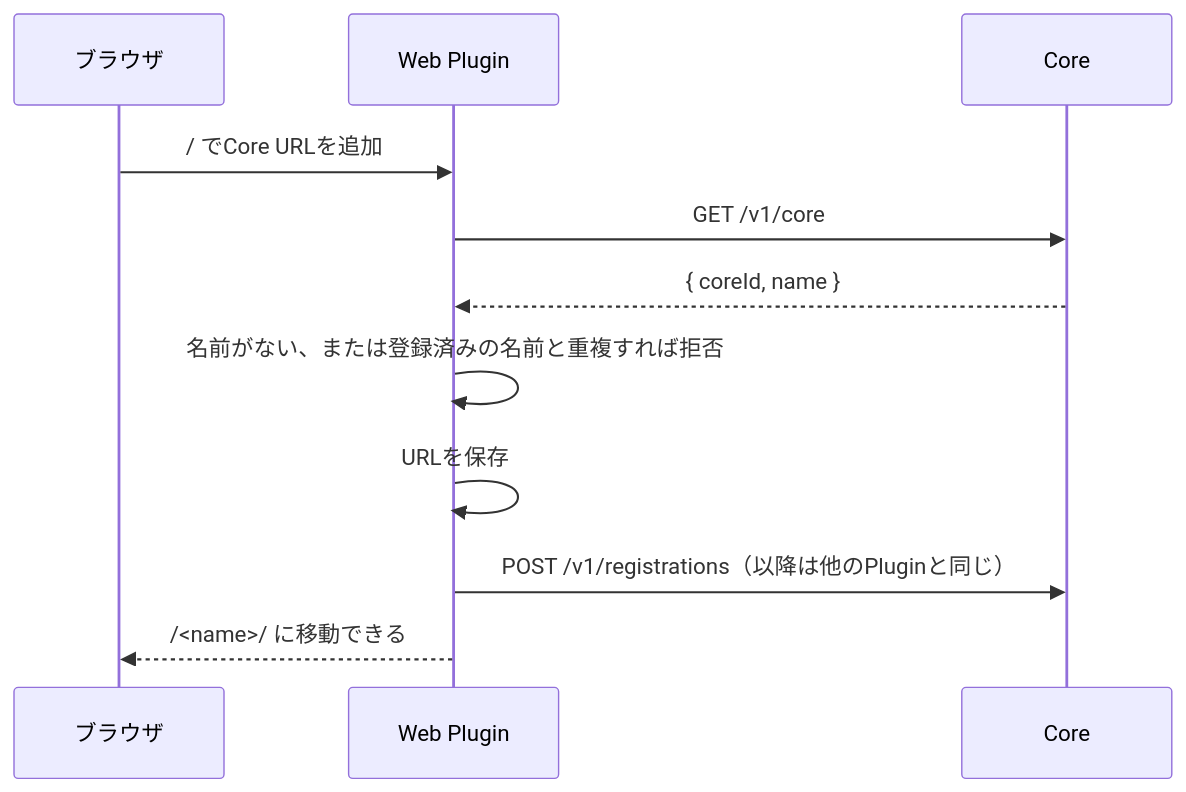
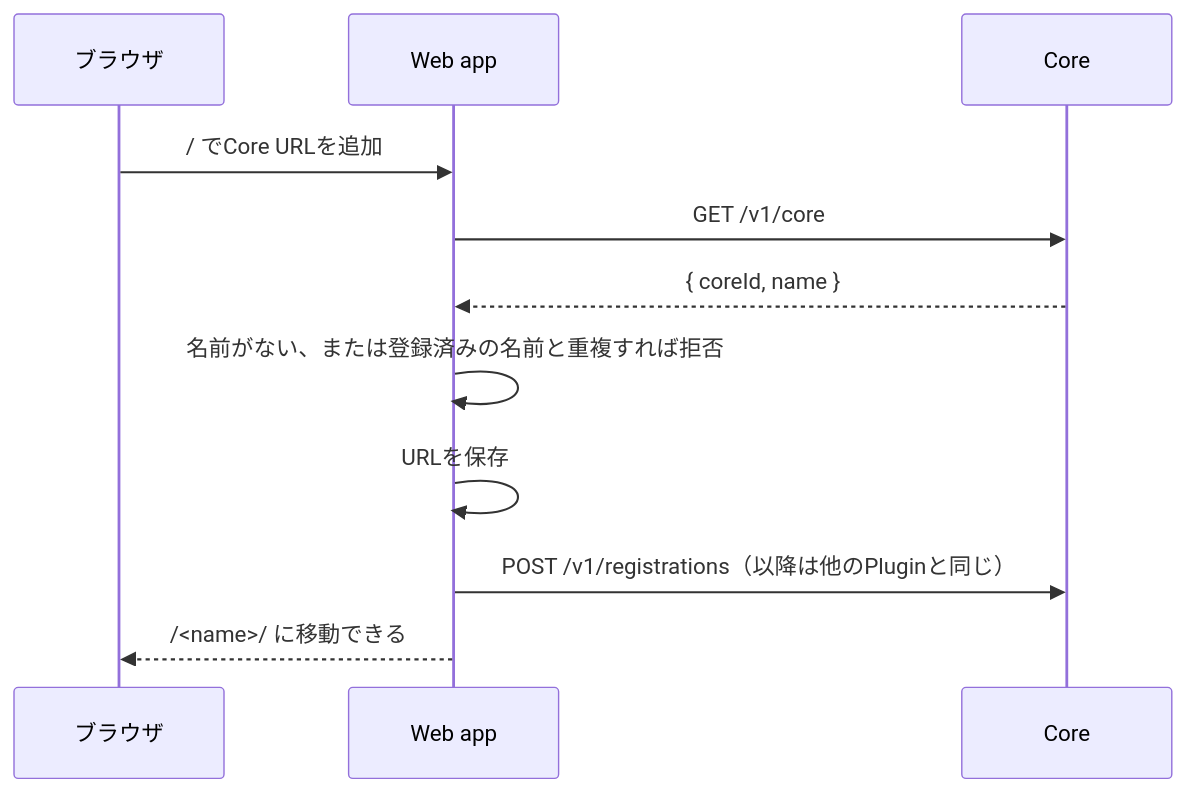
The second of 2 diagrams in docs/designs/00004-web-plugin-screen-hierarchy.md (naatin777/plugumi), drawn with Mermaid before and after one commit. The commit also changed other lines of this file and 321 other files, not shown here.

````diff
--- a/docs/designs/00004-web-plugin-screen-hierarchy.md
+++ b/docs/designs/00004-web-plugin-screen-hierarchy.md
@@ -86,13 +90,13 @@
 ```mermaid
 sequenceDiagram
     participant B as ブラウザ
-    participant W as Web Plugin
+    participant W as Web app
     participant C as Core
     B->>W: / でCore URLを追加
     W->>C: GET /v1/core
     C-->>W: { coreId, name }
     W->>W: 名前がない、または登録済みの名前と重複すれば拒否
     W->>W: URLを保存
     W->>C: POST /v1/registrations（以降は他のPluginと同じ）
     W-->>B: /<name>/ に移動できる
 ```
````
